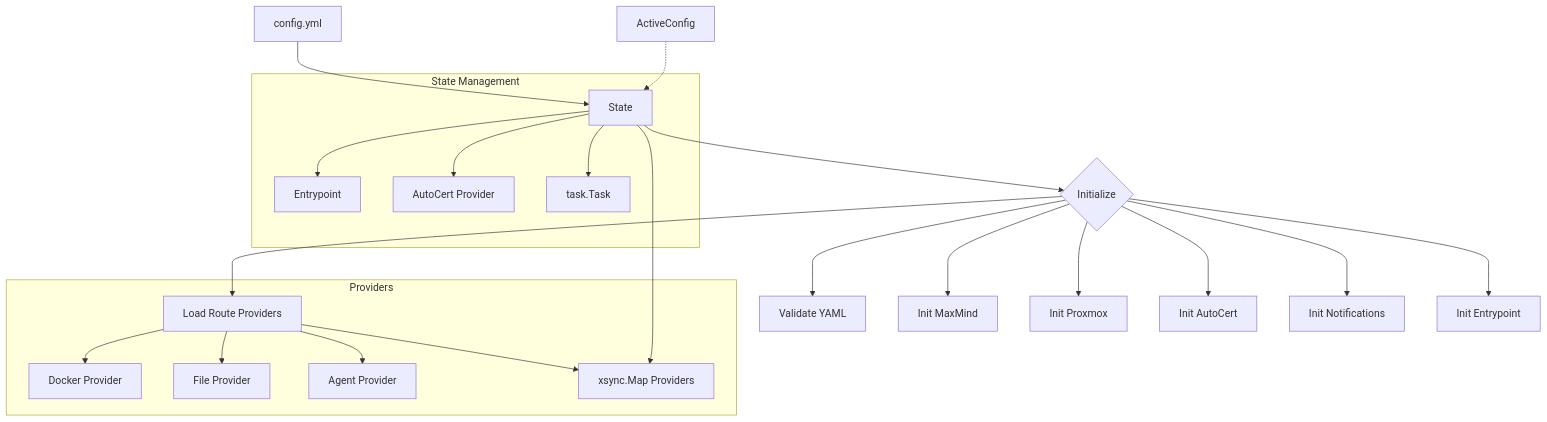
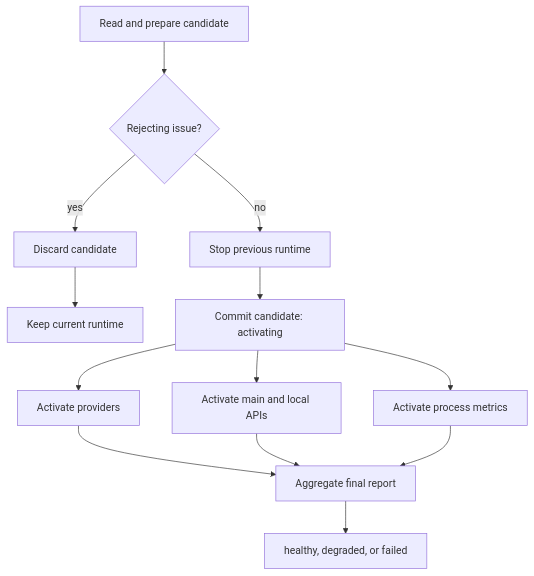
The diagram in content/docs/impl/internal-config.mdx (yusing/godoxy-wiki), drawn with Mermaid before and after one commit. The commit also changed other lines of this file and 10 other files, not shown here.

````diff
--- a/content/docs/impl/internal-config.mdx
+++ b/content/docs/impl/internal-config.mdx
@@ -149,28 +15,15 @@
 ```mermaid
-graph TD
-    A[config.yml] --> B[State]
-    B --> C{Initialize}
-    C --> D[Validate YAML]
-    C --> E[Init MaxMind]
-    C --> F[Init Proxmox]
-    C --> G[Load Route Providers]
-    C --> H[Init AutoCert]
-    C --> I[Init Notifications]
-    C --> J[Init Entrypoint]
-
-    K[ActiveConfig] -.-> B
-
-    subgraph Providers
-        G --> L[Docker Provider]
-        G --> M[File Provider]
-        G --> N[Agent Provider]
-        G --> O[Built-in WebUI Static Provider]
-    end
-
-    subgraph State Management
-        B --> O[xsync.Map Providers]
-        B --> P[Entrypoint]
-        B --> Q[AutoCert Provider]
-        B --> R[task.Task]
-    end
+flowchart TD
+    A[Read and prepare candidate] --> B{Rejecting issue?}
+    B -->|yes| C[Discard candidate]
+    C --> D[Keep current runtime]
+    B -->|no| E[Stop previous runtime]
+    E --> F[Commit candidate: activating]
+    F --> G[Activate providers]
+    F --> H[Activate main and local APIs]
+    F --> I[Activate process metrics]
+    G --> J[Aggregate final report]
+    H --> J
+    I --> J
+    J --> K[healthy, degraded, or failed]
 ```
````
